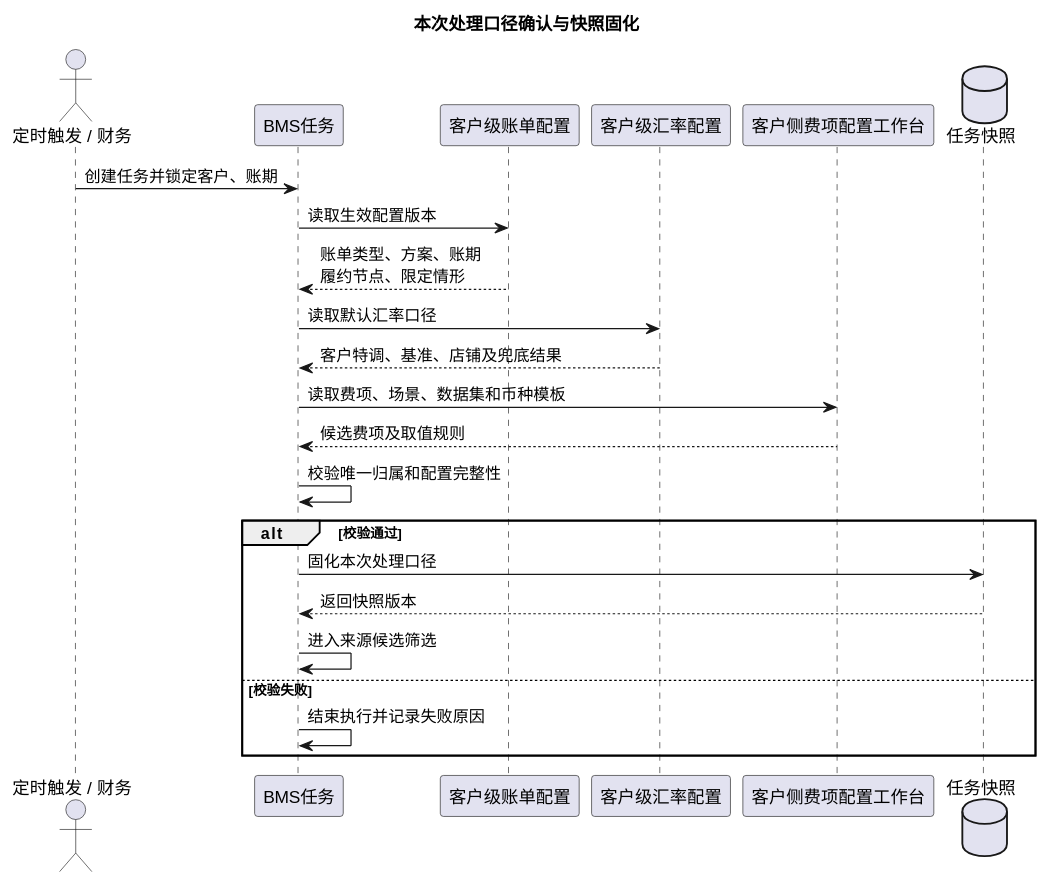
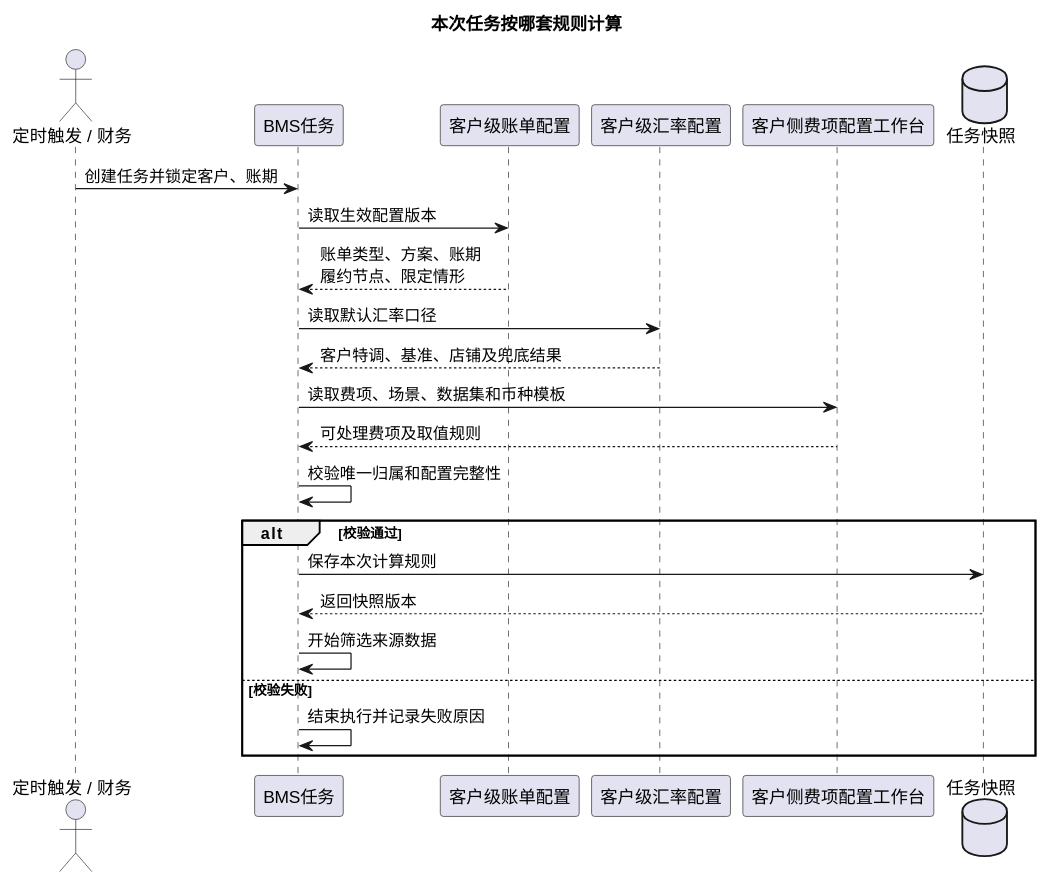
Before and after one commit to jack888332/projects-doc: the sixth of 20 diagrams in product-caliber/bms/prd/财务系统.PRD.md, drawn with PlantUML. The commit also changed other lines of this file and 1 other file, not shown here.

````diff
--- a/product-caliber/bms/prd/财务系统.PRD.md
+++ b/product-caliber/bms/prd/财务系统.PRD.md
@@ -914,29 +921,29 @@
 ```plantuml
 @startuml
-title 本次处理口径确认与快照固化
+title 本次任务按哪套规则计算
 
 actor "定时触发 / 财务" as Trigger
 participant "BMS任务" as Task
 participant "客户级账单配置" as BillingConfig
 participant "客户级汇率配置" as RateConfig
 participant "客户侧费项配置工作台" as FeeConfig
 database "任务快照" as Snapshot
 
 Trigger -> Task : 创建任务并锁定客户、账期
 Task -> BillingConfig : 读取生效配置版本
 BillingConfig --> Task : 账单类型、方案、账期\n履约节点、限定情形
 Task -> RateConfig : 读取默认汇率口径
 RateConfig --> Task : 客户特调、基准、店铺及兜底结果
 Task -> FeeConfig : 读取费项、场景、数据集和币种模板
-FeeConfig --> Task : 候选费项及取值规则
+FeeConfig --> Task : 可处理费项及取值规则
 Task -> Task : 校验唯一归属和配置完整性
 
 alt 校验通过
-  Task -> Snapshot : 固化本次处理口径
+  Task -> Snapshot : 保存本次计算规则
   Snapshot --> Task : 返回快照版本
-  Task -> Task : 进入来源候选筛选
+  Task -> Task : 开始筛选来源数据
 else 校验失败
   Task -> Task : 结束执行并记录失败原因
 end
 @enduml
 ```
````
